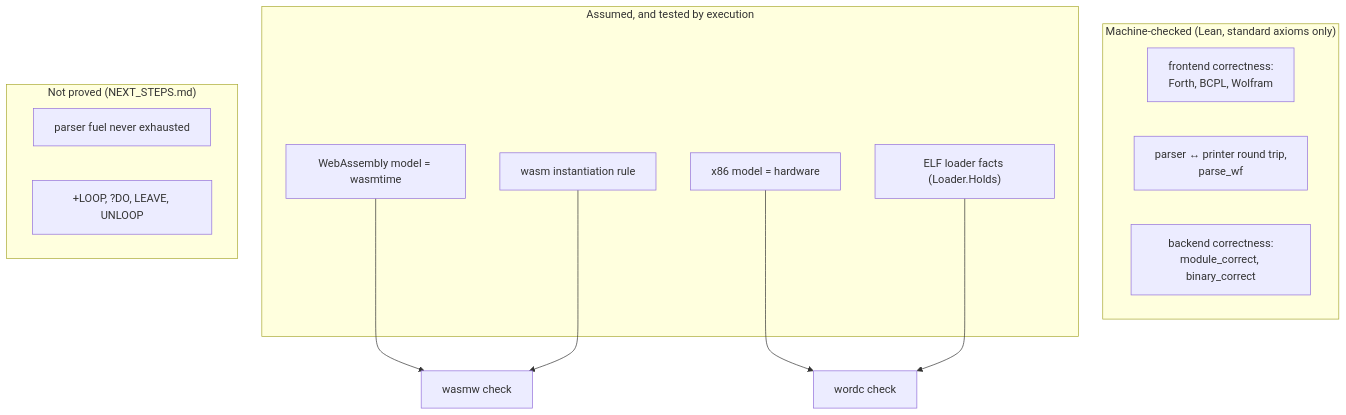
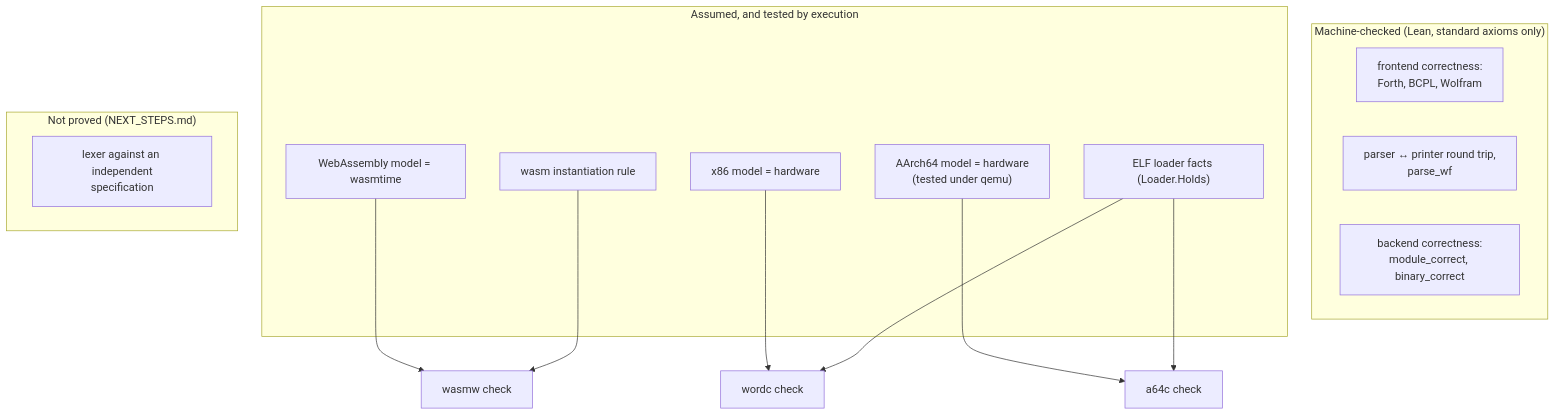
Before and after one commit to SNAPKITTYAGENT9NOVA/ai-free: diagram 16 of 17 in docs/README.md, drawn with Mermaid. The commit also changed other lines of this file and 28 other files, not shown here.

````diff
--- a/docs/README.md
+++ b/docs/README.md
@@ -907,22 +961,24 @@
 ```mermaid
 flowchart TD
   subgraph Proved["Machine-checked (Lean, standard axioms only)"]
     FE["frontend correctness:<br/>Forth, BCPL, Wolfram"]
     PA["parser ↔ printer round trip,<br/>parse_wf"]
     BE["backend correctness:<br/>module_correct, binary_correct"]
   end
   subgraph Assumed["Assumed, and tested by execution"]
     WM["WebAssembly model = wasmtime"]
     XM["x86 model = hardware"]
+    AM["AArch64 model = hardware<br/>(tested under qemu)"]
     INST["wasm instantiation rule"]
     LDR["ELF loader facts (Loader.Holds)"]
   end
   subgraph Unproved["Not proved (NEXT_STEPS.md)"]
-    FUEL["parser fuel never exhausted"]
-    WORDS["+LOOP, ?DO, LEAVE, UNLOOP"]
+    LEX["lexer against an independent<br/>specification"]
   end
   WM --> T1["wasmw check"]
   INST --> T1
   XM --> T2["wordc check"]
   LDR --> T2
+  AM --> T3["a64c check"]
+  LDR --> T3
 ```
````
